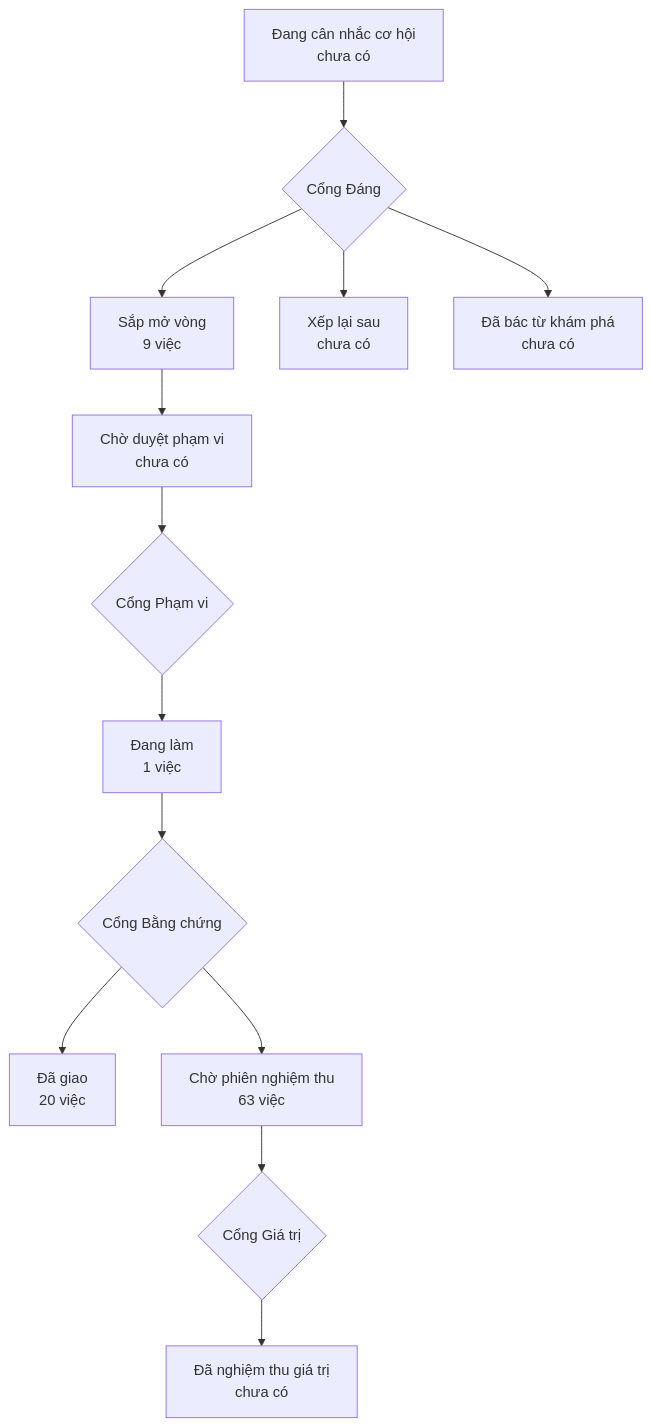
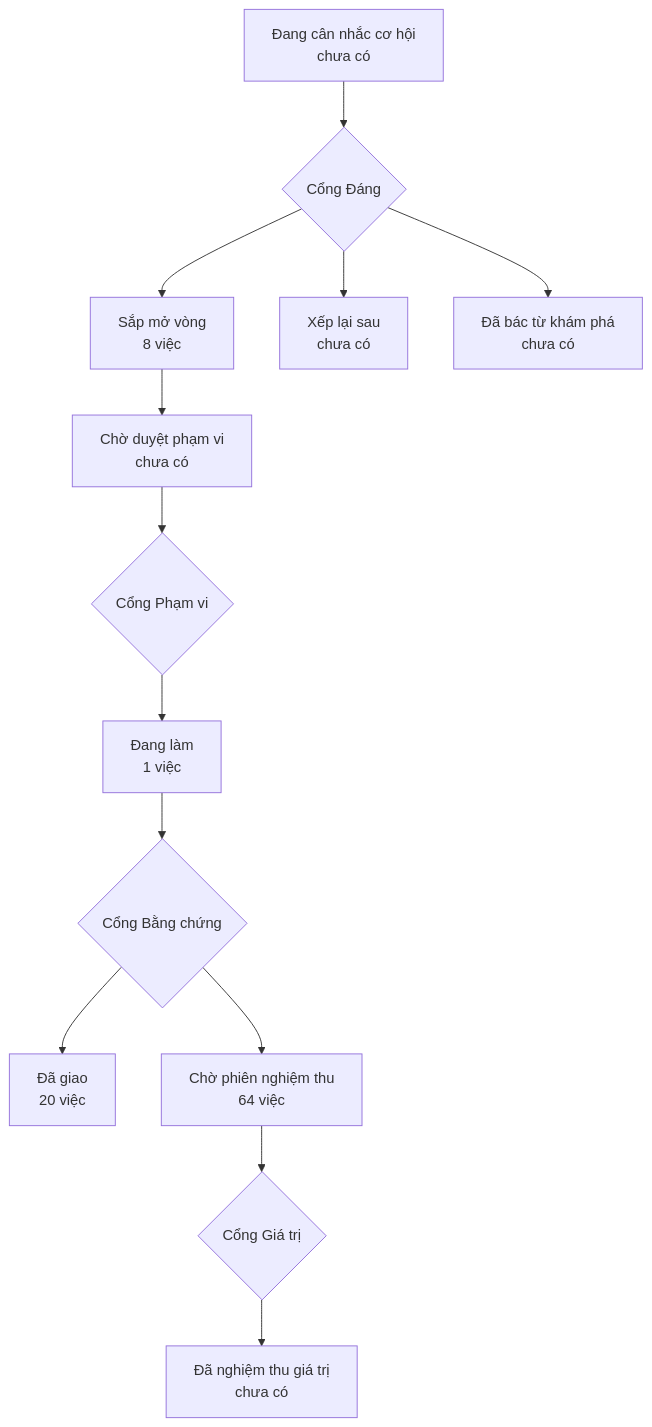
The diagram in PRODUCT-MAP.md (phanlemanh/onehub-quy-hang), drawn with Mermaid before and after one commit. The commit also changed other lines of this file and 4 other files, not shown here.

````diff
--- a/PRODUCT-MAP.md
+++ b/PRODUCT-MAP.md
@@ -7,12 +7,12 @@
 ```mermaid
 flowchart TD
   A["Đang cân nhắc cơ hội<br/>chưa có"] --> GD{"Cổng Đáng"}
-  GD --> B["Sắp mở vòng<br/>9 việc"]
+  GD --> B["Sắp mở vòng<br/>8 việc"]
   GD --> XL["Xếp lại sau<br/>chưa có"]
   GD --> DB["Đã bác từ khám phá<br/>chưa có"]
   B --> CD["Chờ duyệt phạm vi<br/>chưa có"] --> GP{"Cổng Phạm vi"}
   GP --> DL["Đang làm<br/>1 việc"] --> GB{"Cổng Bằng chứng"}
   GB --> DG["Đã giao<br/>20 việc"]
-  GB --> CN["Chờ phiên nghiệm thu<br/>63 việc"] --> GG{"Cổng Giá trị"}
+  GB --> CN["Chờ phiên nghiệm thu<br/>64 việc"] --> GG{"Cổng Giá trị"}
   GG --> NT["Đã nghiệm thu giá trị<br/>chưa có"]
 ```
````
